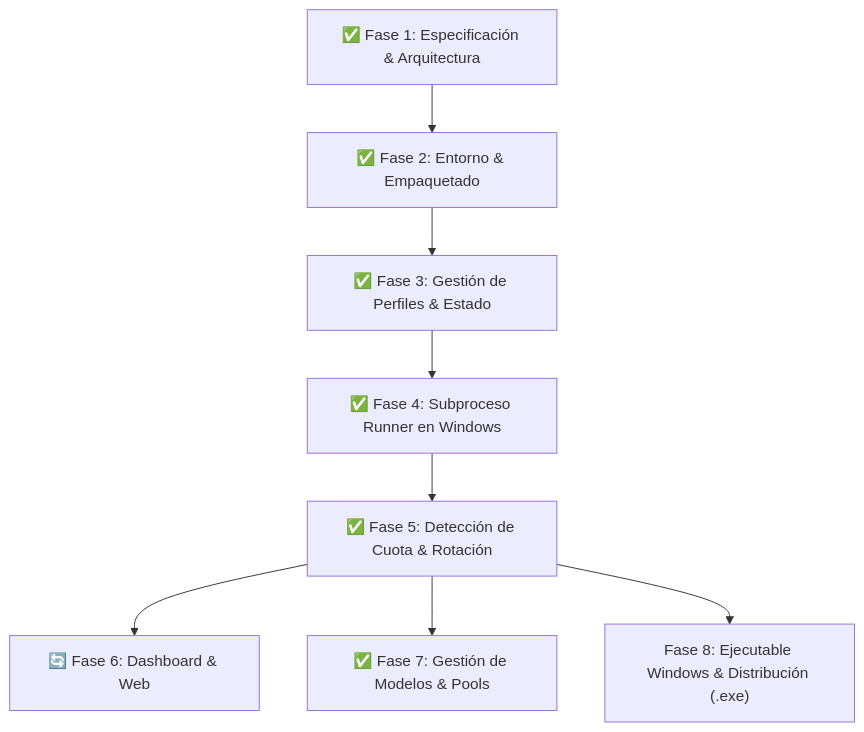
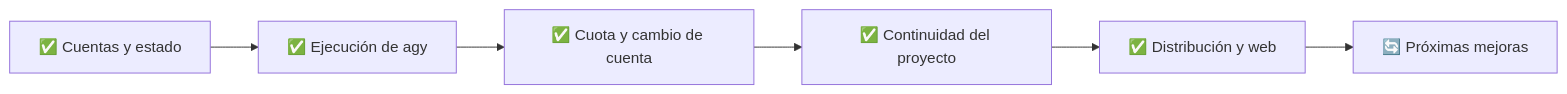
One commit to gabimarti/agyswitcher changed the diagram in docs/roadmap.md. Above: the diagram before and after it, drawn with Mermaid. The commit also changed other lines of this file and 1 other file, not shown here.

Commit message:
Docs: hoja de ruta simplificada (estado actual, versiones y próximas mejoras)

````diff
--- a/docs/roadmap.md
+++ b/docs/roadmap.md
@@ -11,10 +12,8 @@
 ```mermaid
-flowchart TD
-    Fase1["✅ Fase 1: Especificación & Arquitectura"] --> Fase2["✅ Fase 2: Entorno & Empaquetado"]
-    Fase2 --> Fase3["✅ Fase 3: Gestión de Perfiles & Estado"]
-    Fase3 --> Fase4["✅ Fase 4: Subproceso Runner en Windows"]
-    Fase4 --> Fase5["✅ Fase 5: Detección de Cuota & Rotación"]
-    Fase5 --> Fase6["🔄 Fase 6: Dashboard & Web"]
-    Fase5 --> Fase7["✅ Fase 7: Gestión de Modelos & Pools"]
-    Fase5 --> Fase8["Fase 8: Ejecutable Windows & Distribución (.exe)"]
+flowchart LR
+    A["✅ Cuentas y estado"] --> B["✅ Ejecución de agy"]
+    B --> C["✅ Cuota y cambio de cuenta"]
+    C --> D["✅ Continuidad del proyecto"]
+    D --> E["✅ Distribución y web"]
+    E --> F["🔄 Próximas mejoras"]
 ```
````
